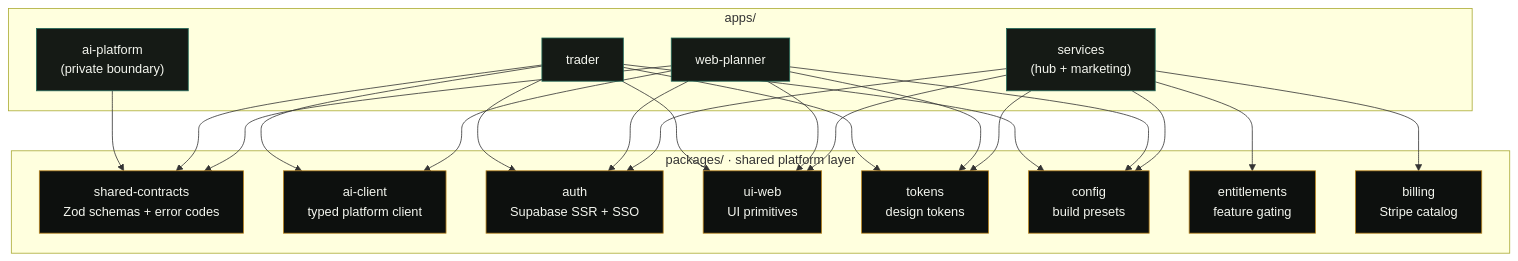
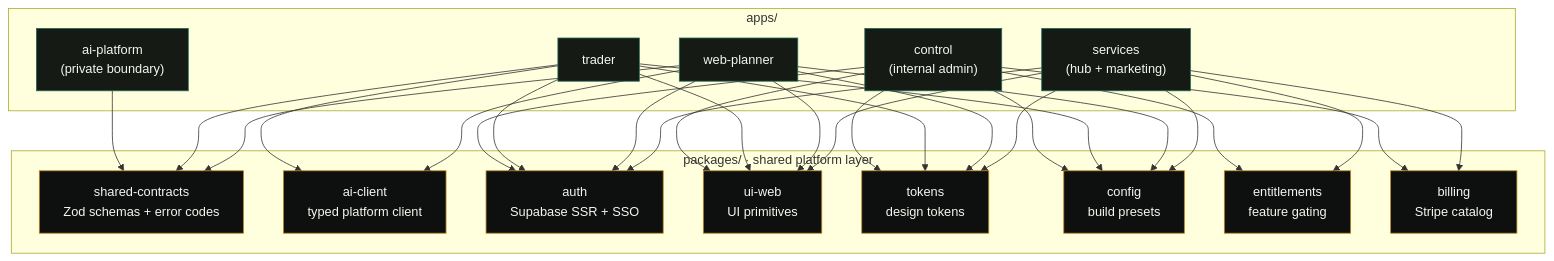
One commit to bjjlops/ASCEND-Showcase changed the third of 6 diagrams in docs/architecture.md. Above: the diagram before and after it, drawn with Mermaid. The commit also changed other lines of this file and 5 other files, not shown here.

First line of the commit message:
docs(architecture): document the internal control plane + AI cost ledger

````diff
--- a/docs/architecture.md
+++ b/docs/architecture.md
@@ -97,30 +97,32 @@
 ```mermaid
 flowchart TB
   subgraph apps["apps/"]
     Hub["services<br/>(hub + marketing)"]
     WebP["web-planner"]
     Trd["trader"]
     AIP["ai-platform<br/>(private boundary)"]
+    Ctl["control<br/>(internal admin)"]
   end
 
   subgraph pkgs["packages/ · shared platform layer"]
     Contracts["shared-contracts<br/>Zod schemas + error codes"]
     AIClient["ai-client<br/>typed platform client"]
     Auth["auth<br/>Supabase SSR + SSO"]
     UI["ui-web<br/>UI primitives"]
     Tokens["tokens<br/>design tokens"]
     Config["config<br/>build presets"]
     Ent["entitlements<br/>feature gating"]
     Bill["billing<br/>Stripe catalog"]
   end
 
   Hub --> Auth & UI & Tokens & Config & Ent & Bill
   WebP --> Auth & UI & Tokens & Config & AIClient & Contracts
   Trd --> Auth & UI & Tokens & Config & AIClient & Contracts
   AIP --> Contracts
+  Ctl --> Auth & UI & Tokens & Config & Ent & Bill
 
   classDef app fill:#151a15,stroke:#236b5a,color:#f4f6ef;
   classDef pkg fill:#0d100e,stroke:#b9841f,color:#f4f6ef;
-  class Hub,WebP,Trd,AIP app;
+  class Hub,WebP,Trd,AIP,Ctl app;
   class Contracts,AIClient,Auth,UI,Tokens,Config,Ent,Bill pkg;
 ```
````
